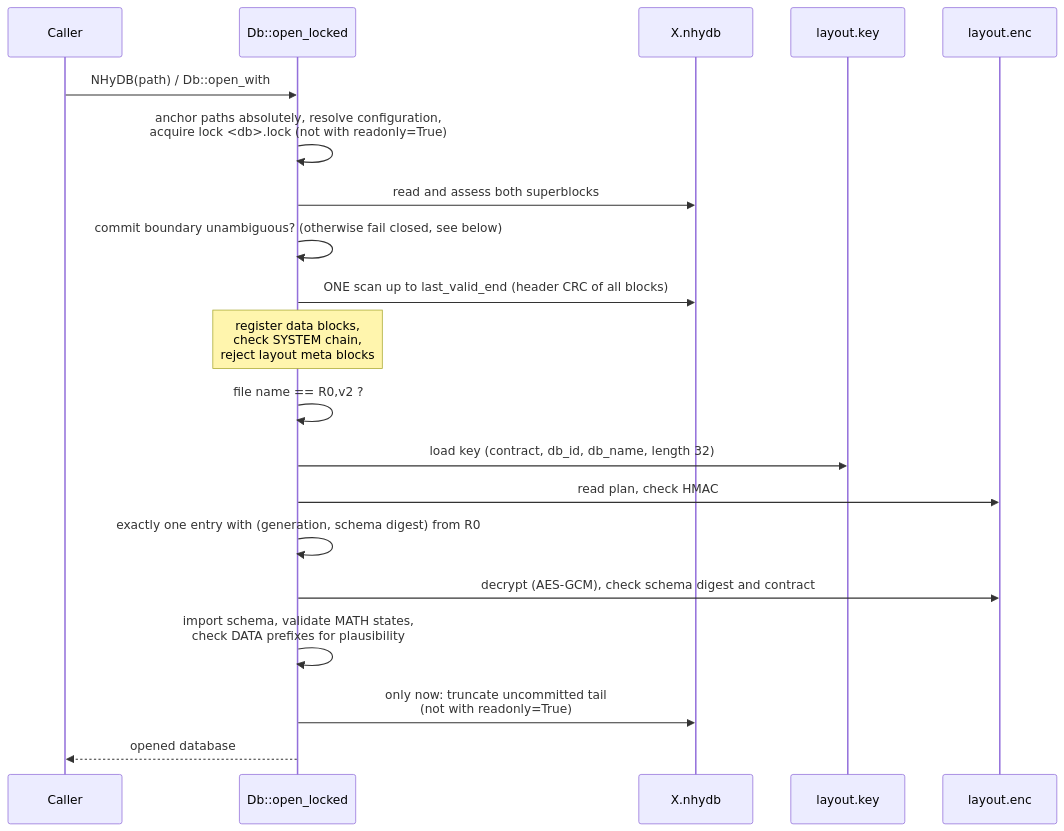
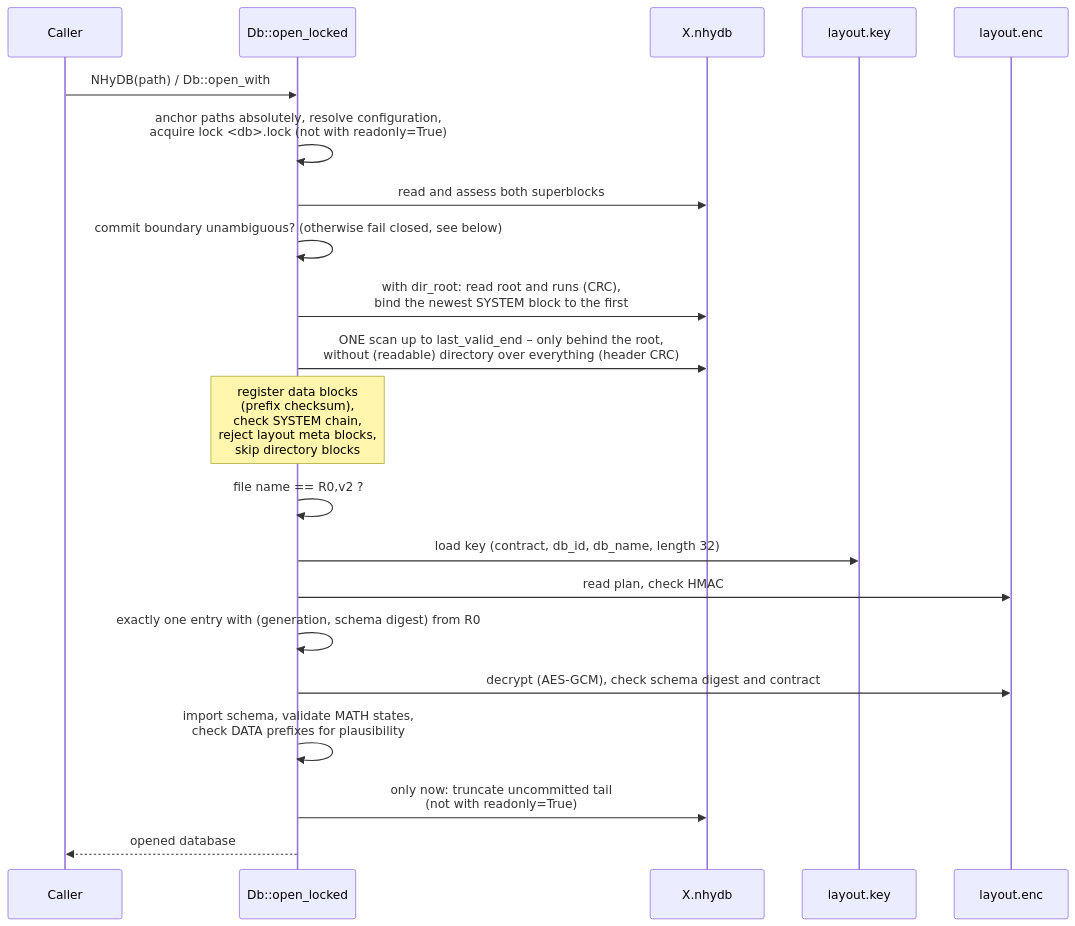
The third of 7 diagrams in docs/en/NHyDB_Technical_Documentation.md (nhydb-run4/NHyDB), drawn with Mermaid before and after one commit. The commit also changed other lines of this file and 177 other files, not shown here.

````diff
--- a/docs/en/NHyDB_Technical_Documentation.md
+++ b/docs/en/NHyDB_Technical_Documentation.md
@@ -1124,22 +1351,23 @@
 ```mermaid
 sequenceDiagram
     participant A as Caller
     participant D as Db::open_locked
     participant F as X.nhydb
     participant K as layout.key
     participant P as layout.enc
     A->>D: NHyDB(path) / Db::open_with
     D->>D: anchor paths absolutely, resolve configuration,<br/>acquire lock <db>.lock (not with readonly=True)
     D->>F: read and assess both superblocks
     D->>D: commit boundary unambiguous? (otherwise fail closed, see below)
-    D->>F: ONE scan up to last_valid_end (header CRC of all blocks)
-    Note over D: register data blocks,<br/>check SYSTEM chain,<br/>reject layout meta blocks
+    D->>F: with dir_root: read root and runs (CRC),<br/>bind the newest SYSTEM block to the first
+    D->>F: ONE scan up to last_valid_end – only behind the root,<br/>without (readable) directory over everything (header CRC)
+    Note over D: register data blocks<br/>(prefix checksum),<br/>check SYSTEM chain,<br/>reject layout meta blocks,<br/>skip directory blocks
     D->>D: file name == R0,v2 ?
     D->>K: load key (contract, db_id, db_name, length 32)
     D->>P: read plan, check HMAC
     D->>D: exactly one entry with (generation, schema digest) from R0
     D->>P: decrypt (AES-GCM), check schema digest and contract
     D->>D: import schema, validate MATH states,<br/>check DATA prefixes for plausibility
     D->>F: only now: truncate uncommitted tail<br/>(not with readonly=True)
     D-->>A: opened database
 ```
````
